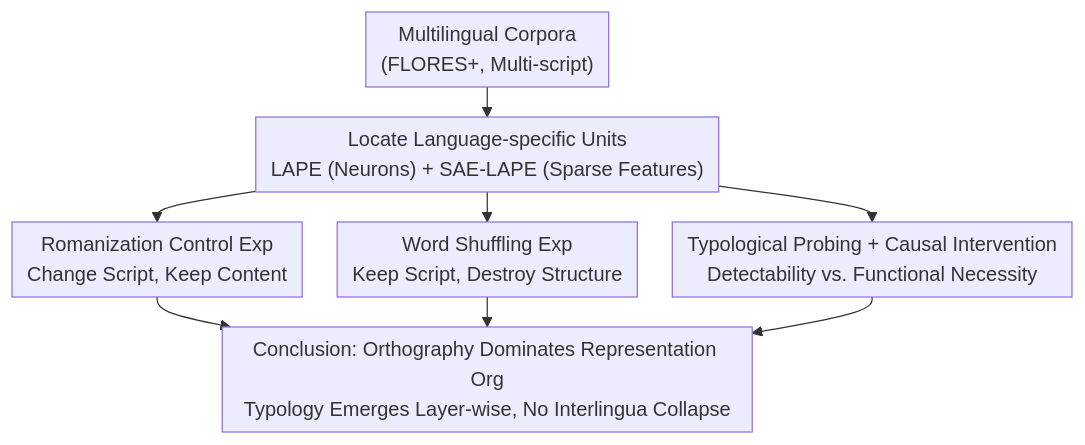
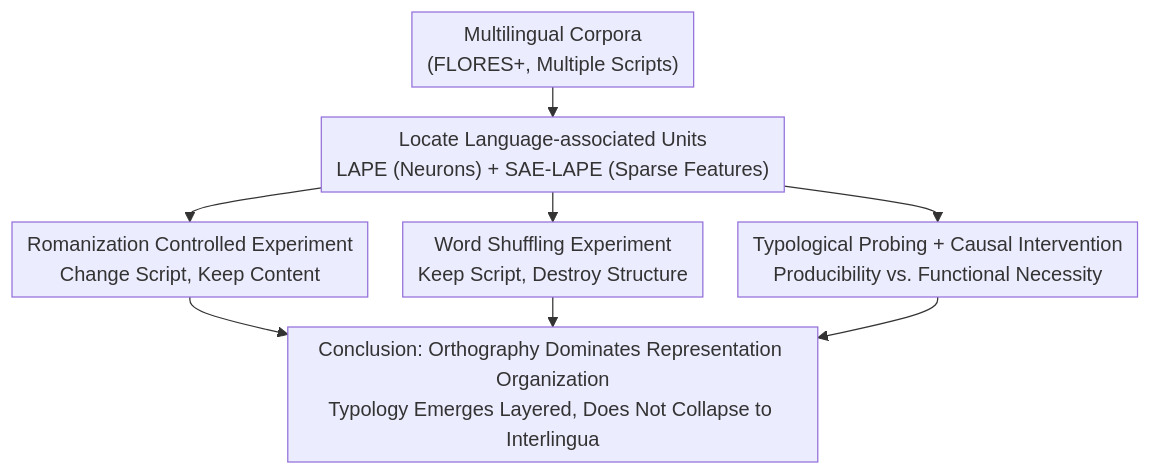
Before and after one commit to zhaoyang97/Paper-Notes-en: the diagram in docs/ACL2026/multilingual_mt/multilingual_language_models_encode_script_over_linguistic_structure.md, drawn with Mermaid. The commit also changed other lines of this file and 5084 other files, not shown here.

````diff
--- a/docs/ACL2026/multilingual_mt/multilingual_language_models_encode_script_over_linguistic_structure.md
+++ b/docs/ACL2026/multilingual_mt/multilingual_language_models_encode_script_over_linguistic_structure.md
@@ -44,11 +44,11 @@
 ```mermaid
 %%{init: {'flowchart': {'rankSpacing': 24, 'nodeSpacing': 28, 'padding': 6, 'wrappingWidth': 400}}}%%
 flowchart TD
-    A["Multilingual Corpora<br/>(FLORES+, Multi-script)"] --> B["Locate Language-specific Units<br/>LAPE (Neurons) + SAE-LAPE (Sparse Features)"]
-    B --> C["Romanization Control Exp<br/>Change Script, Keep Content"]
-    B --> D["Word Shuffling Exp<br/>Keep Script, Destroy Structure"]
-    B --> E["Typological Probing + Causal Intervention<br/>Detectability vs. Functional Necessity"]
-    C --> F["Conclusion: Orthography Dominates Representation Org<br/>Typology Emerges Layer-wise, No Interlingua Collapse"]
+    A["Multilingual Corpora<br/>(FLORES+, Multiple Scripts)"] --> B["Locate Language-associated Units<br/>LAPE (Neurons) + SAE-LAPE (Sparse Features)"]
+    B --> C["Romanization Controlled Experiment<br/>Change Script, Keep Content"]
+    B --> D["Word Shuffling Experiment<br/>Keep Script, Destroy Structure"]
+    B --> E["Typological Probing + Causal Intervention<br/>Producibility vs. Functional Necessity"]
+    C --> F["Conclusion: Orthography Dominates Representation Organization<br/>Typology Emerges Layered, Does Not Collapse to Interlingua"]
     D --> F
     E --> F
 ```
````
